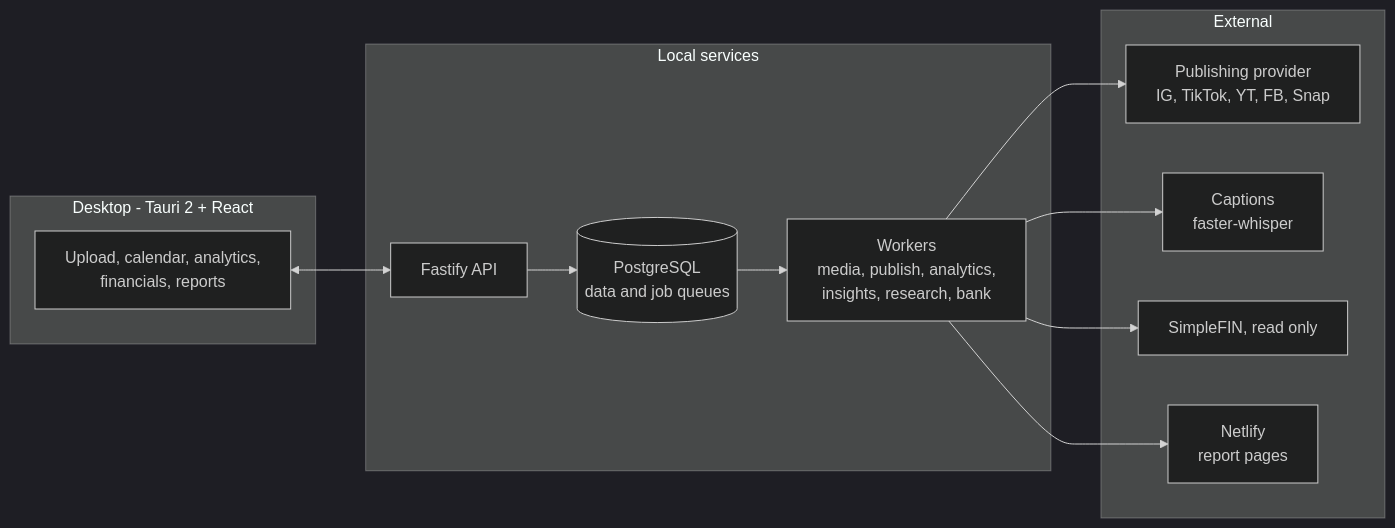
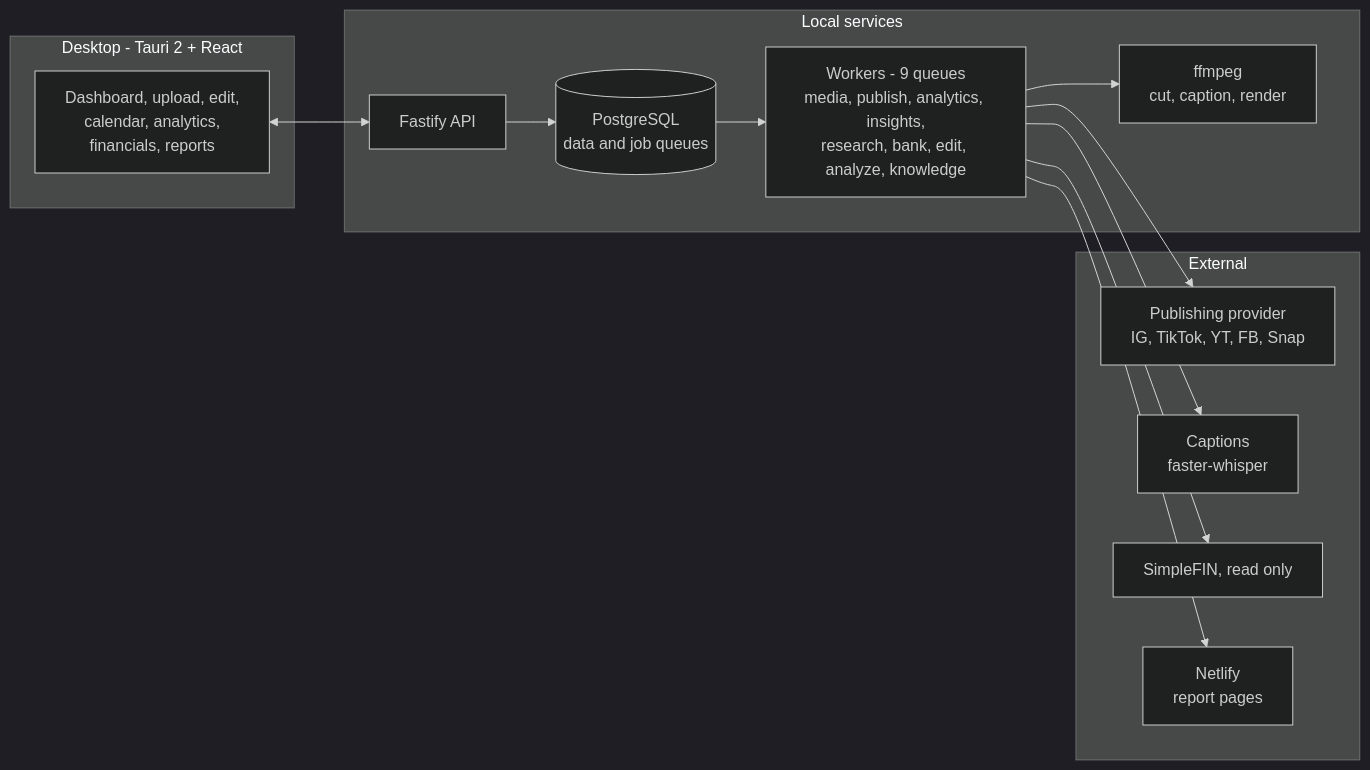
One commit to TyroneMadison/toreroflow changed the second of 2 diagrams in README.md. Above: the diagram before and after it, drawn with Mermaid (dark theme). The commit also changed other lines of this file, not shown here.

````diff
--- a/README.md
+++ b/README.md
@@ -90,24 +235,26 @@
 ```mermaid
 flowchart LR
     subgraph desktop["Desktop - Tauri 2 + React"]
-        UI["Upload, calendar, analytics,<br/>financials, reports"]
+        UI["Dashboard, upload, edit,<br/>calendar, analytics,<br/>financials, reports"]
     end
     subgraph local["Local services"]
         API["Fastify API"]
-        W["Workers<br/>media, publish, analytics,<br/>insights, research, bank"]
+        W["Workers - 9 queues<br/>media, publish, analytics, insights,<br/>research, bank, edit, analyze, knowledge"]
         DB[("PostgreSQL<br/>data and job queues")]
+        FF["ffmpeg<br/>cut, caption, render"]
     end
     subgraph ext["External"]
         PUB["Publishing provider<br/>IG, TikTok, YT, FB, Snap"]
         CAP["Captions<br/>faster-whisper"]
         BANK["SimpleFIN, read only"]
         NET["Netlify<br/>report pages"]
     end
     UI <--> API
     API --> DB
     DB --> W
+    W --> FF
     W --> PUB
     W --> CAP
     W --> BANK
     W --> NET
 ```
````
